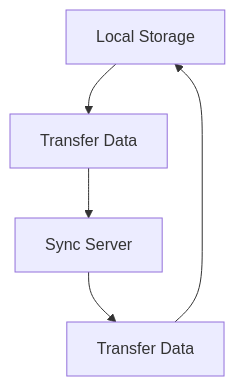
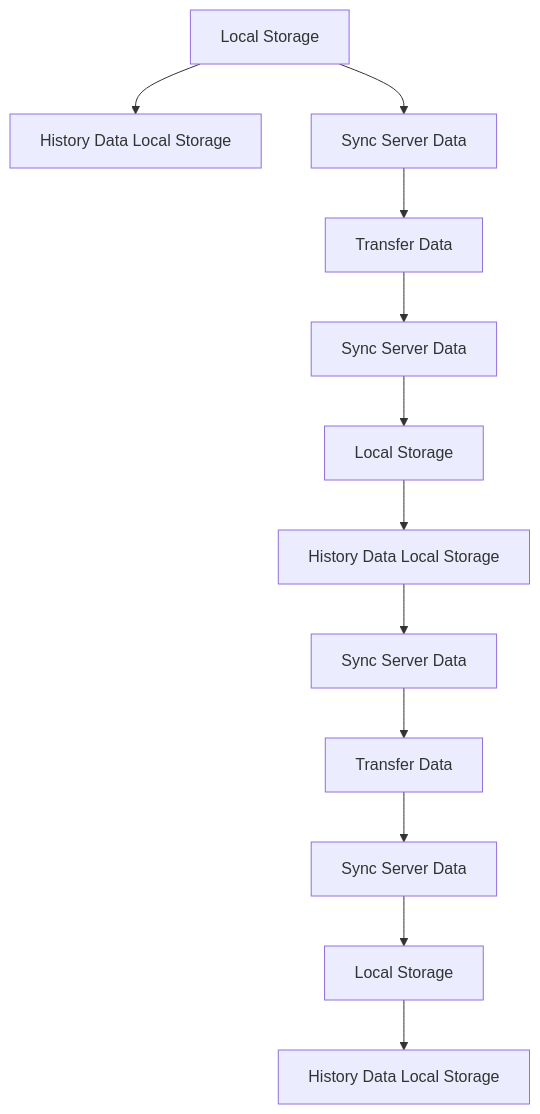
The diagram in Readme.md (chuongmep/TestSQLiteSync), drawn with Mermaid before and after one commit. The commit also changed 1 other file, not shown here.

````diff
--- a/Readme.md
+++ b/Readme.md
@@ -6,7 +6,14 @@
 ```mermaid
 graph TD
-    A[Local Storage] --> B[Transfer Data]
-    B --> C[Sync Server]
+    A[Local Storage] --> B[History Data Local Storage]
+    A --> C[Sync Server Data]
     C --> D[Transfer Data]
-    D --> A
+    D --> E[Sync Server Data]
+    E --> F[Local Storage]
+    F --> G[History Data Local Storage]
+    G --> H[Sync Server Data]
+    H --> I[Transfer Data]
+    I --> J[Sync Server Data]
+    J --> K[Local Storage]
+    K --> L[History Data Local Storage]
 ```
````
